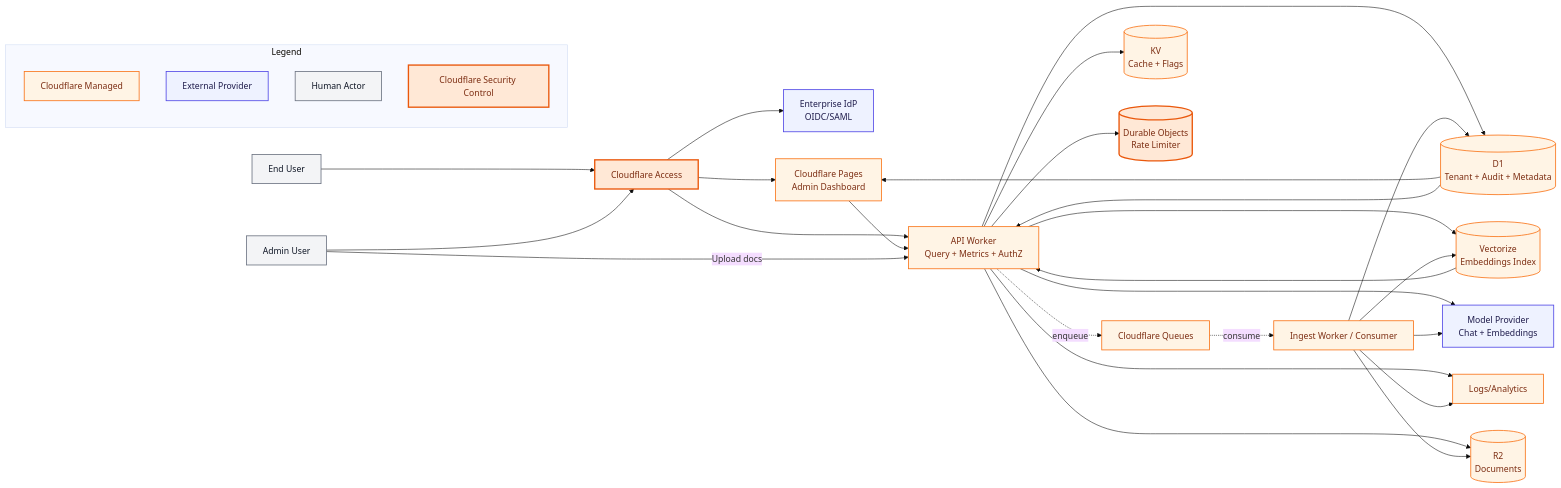
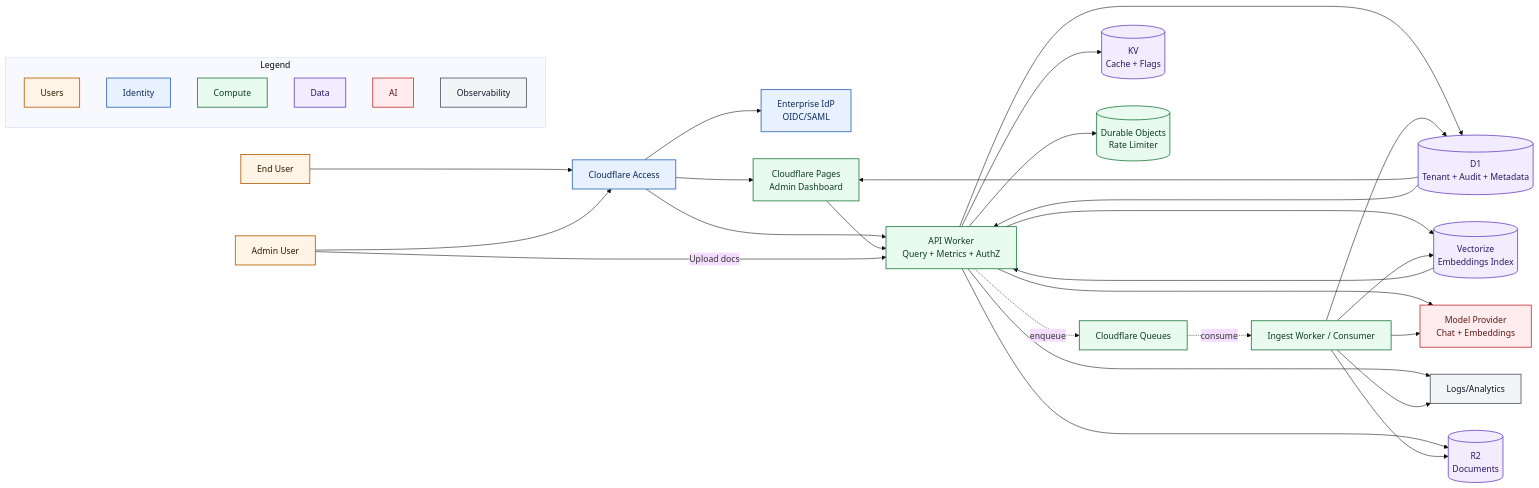
One commit to schradermade/compliance-assistant changed the diagram in docs/architecture.md. Above: the diagram before and after it, drawn with Mermaid (base theme). The commit also changed other lines of this file and 3 other files, not shown here.

Commit message:
docs: finalize day 1 architecture contracts and rbac model

````diff
--- a/docs/architecture.md
+++ b/docs/architecture.md
@@ -16,68 +16,76 @@
 ```mermaid
 flowchart LR
   user[End User]
   admin[Admin User]
   idp[Enterprise IdP<br/>OIDC/SAML]
   access[Cloudflare Access]
   pages[Cloudflare Pages<br/>Admin Dashboard]
   api[API Worker<br/>Query + Metrics + AuthZ]
   queue[Cloudflare Queues]
   ingest[Ingest Worker / Consumer]
   r2[(R2<br/>Documents)]
   vec[(Vectorize<br/>Embeddings Index)]
   d1[(D1<br/>Tenant + Audit + Metadata)]
   kv[(KV<br/>Cache + Flags)]
   do[(Durable Objects<br/>Rate Limiter)]
   llm[Model Provider<br/>Chat + Embeddings]
   logs[Logs/Analytics]
 
   user --> access
   admin --> access
   access --> idp
   access --> pages
   access --> api
 
   pages --> api
 
   api --> do
   api --> kv
   api --> d1
   api --> vec
   api --> llm
   api --> logs
 
   admin -->|Upload docs| api
   api --> r2
   api -. enqueue .-> queue
   queue -. consume .-> ingest
   ingest --> r2
   ingest --> llm
   ingest --> vec
   ingest --> d1
   ingest --> logs
 
   vec --> api
   d1 --> pages
   d1 --> api
 
   subgraph legend[Legend]
-    l1[Cloudflare Managed]
-    l2[External Provider]
-    l3[Human Actor]
-    l4[Cloudflare Security Control]
+    l1[Users]
+    l2[Identity]
+    l3[Compute]
+    l4[Data]
+    l5[AI]
+    l6[Observability]
   end
 
-  classDef cf fill:#FFF4E5,stroke:#F97316,stroke-width:1.5px,color:#7C2D12;
-  classDef cfSec fill:#FFE8D6,stroke:#EA580C,stroke-width:2.5px,color:#7C2D12;
-  classDef ext fill:#EEF2FF,stroke:#4F46E5,stroke-width:1.5px,color:#1E1B4B;
-  classDef human fill:#F3F4F6,stroke:#6B7280,stroke-width:1.5px,color:#111827;
+  classDef users fill:#FFF4E5,stroke:#B65A00,stroke-width:1.5px,color:#2D1B00;
+  classDef identity fill:#E8F1FF,stroke:#2A66B7,stroke-width:1.5px,color:#0E2A57;
+  classDef compute fill:#E9FBEF,stroke:#1F7A3F,stroke-width:1.5px,color:#0D3B1E;
+  classDef data fill:#F2ECFF,stroke:#6B46C1,stroke-width:1.5px,color:#2E1760;
+  classDef ai fill:#FFECEE,stroke:#C53030,stroke-width:1.5px,color:#5C1A1A;
+  classDef ops fill:#F3F4F6,stroke:#4B5563,stroke-width:1.5px,color:#111827;
 
-  class api,pages,ingest,queue,r2,vec,d1,kv,logs cf;
-  class access,do cfSec;
-  class idp,llm ext;
-  class user,admin human;
-  class l1 cf;
-  class l2 ext;
-  class l3 human;
-  class l4 cfSec;
+  class user,admin users;
+  class idp,access identity;
+  class api,pages,ingest,queue,do compute;
+  class r2,vec,d1,kv data;
+  class llm ai;
+  class logs ops;
+  class l1 users;
+  class l2 identity;
+  class l3 compute;
+  class l4 data;
+  class l5 ai;
+  class l6 ops;
 ```
````
